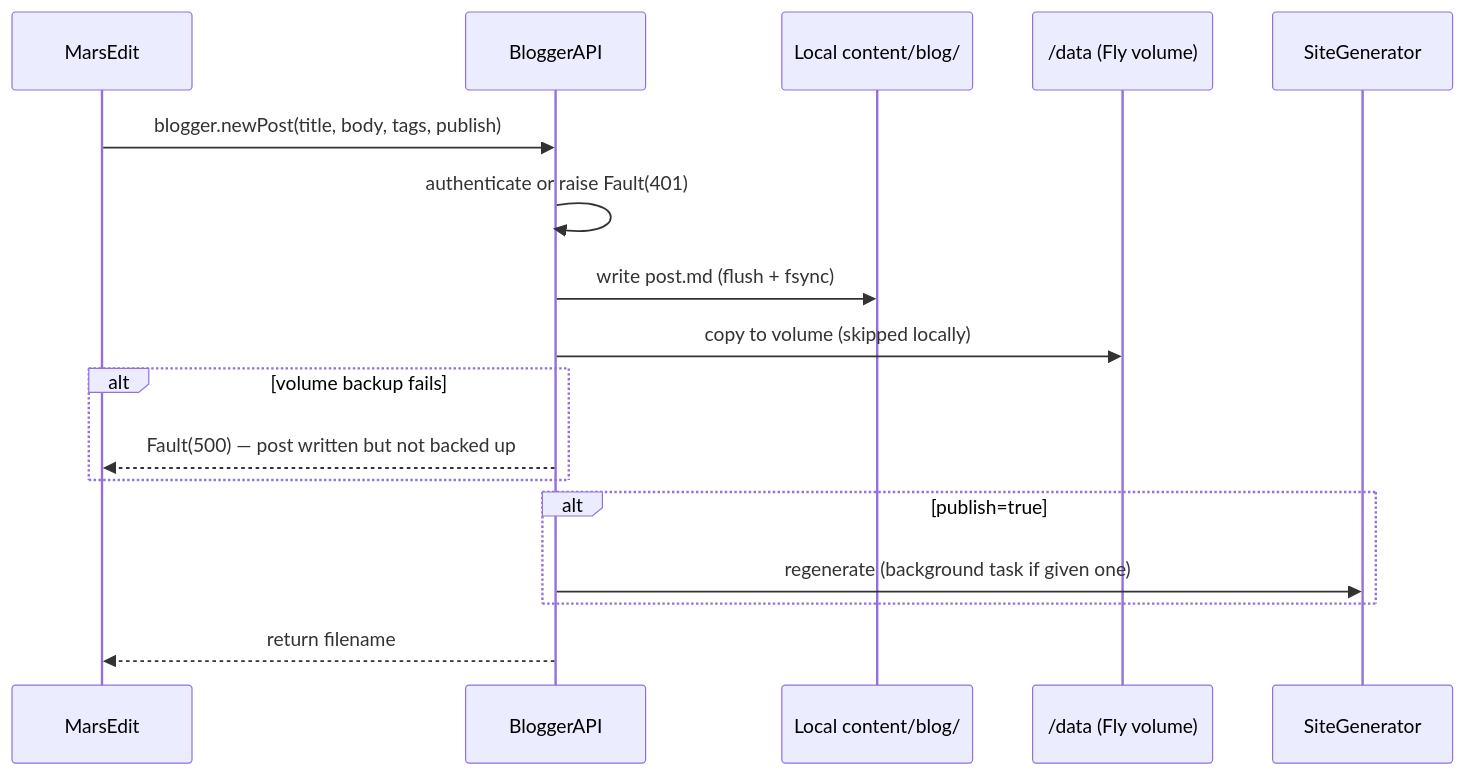
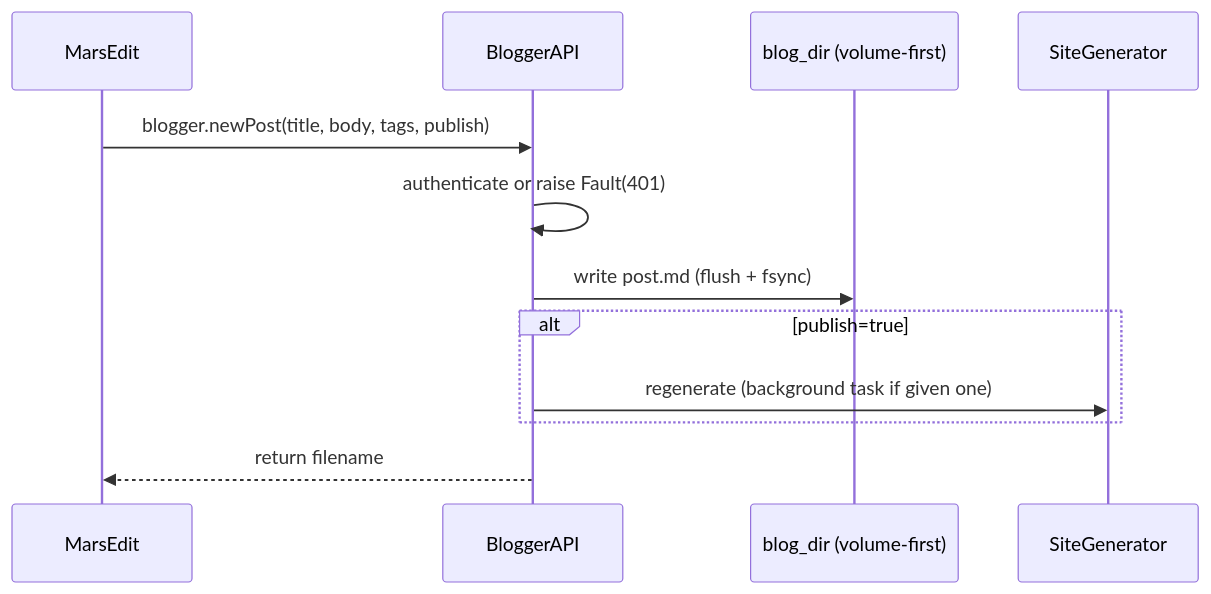
One commit to pitosalas/salasblog2 changed the diagram in 01-literate/06-blogger_api.md. Above: the diagram before and after it, drawn with Mermaid. The commit also changed other lines of this file and 5 other files, not shown here.

First line of the commit message:
Make BloggerAPI content directory volume-first, drop backup/delete bolt-on

````diff
--- a/01-literate/06-blogger_api.md
+++ b/01-literate/06-blogger_api.md
@@ -106,20 +105,15 @@
 ```mermaid
 sequenceDiagram
     participant M as MarsEdit
     participant B as BloggerAPI
-    participant FS as Local content/blog/
-    participant V as /data (Fly volume)
+    participant V as blog_dir (volume-first)
     participant G as SiteGenerator
 
     M->>B: blogger.newPost(title, body, tags, publish)
     B->>B: authenticate or raise Fault(401)
-    B->>FS: write post.md (flush + fsync)
-    B->>V: copy to volume (skipped locally)
-    alt volume backup fails
-        B-->>M: Fault(500) — post written but not backed up
-    end
+    B->>V: write post.md (flush + fsync)
     alt publish=true
         B->>G: regenerate (background task if given one)
     end
     B-->>M: return filename
 ```
````
